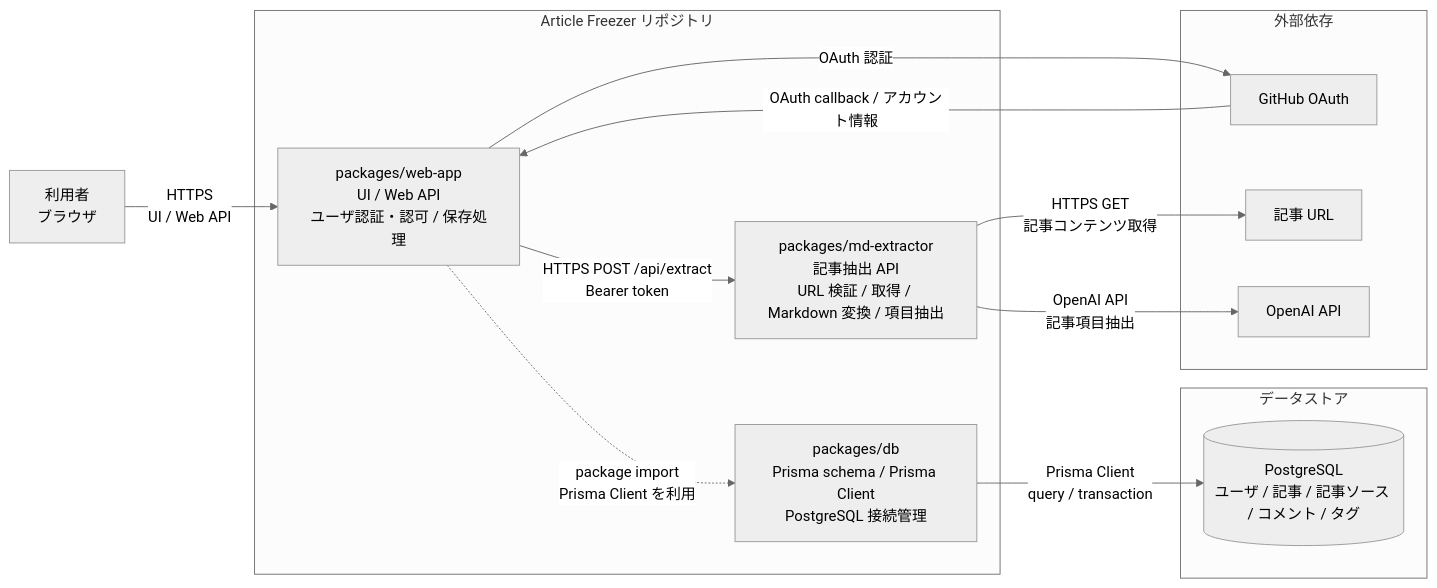
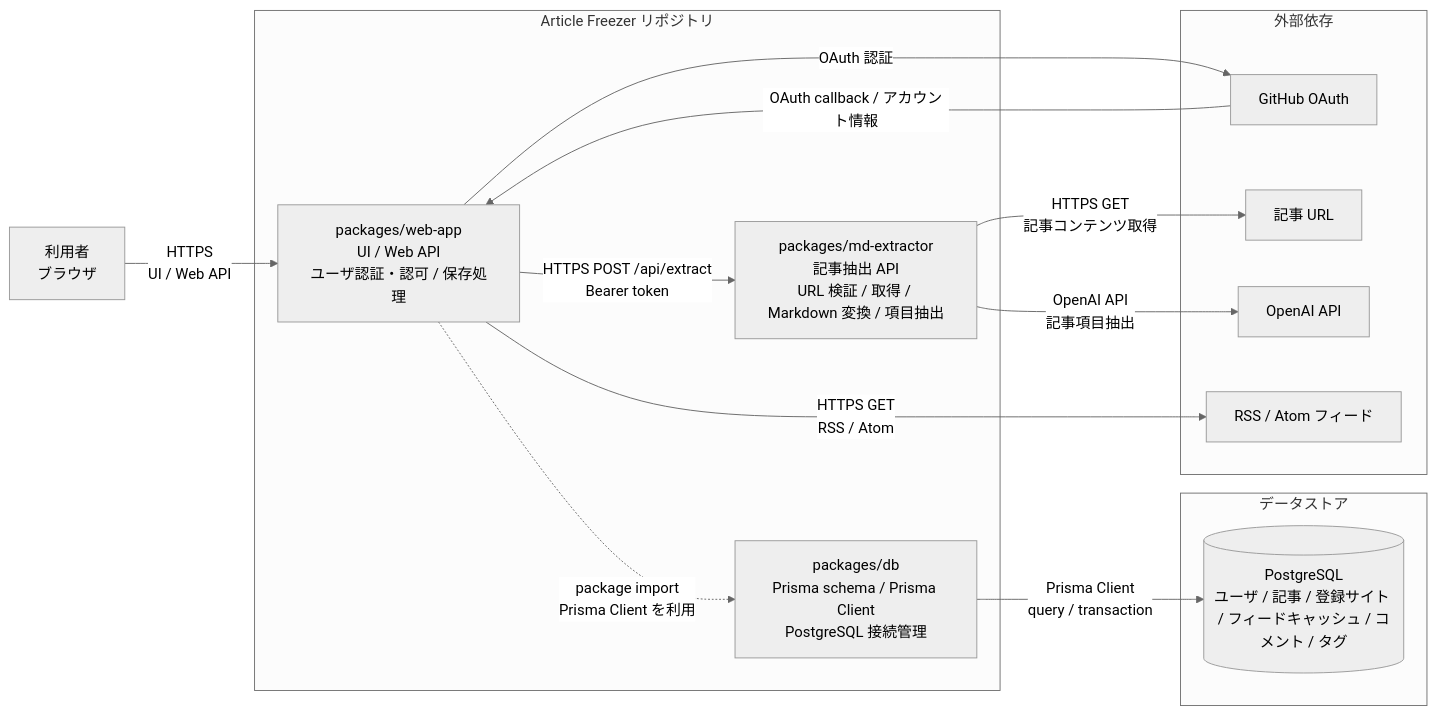
One commit to 2-yudetama/article-freezer changed the diagram in docs/architecture/system-overview.md. Above: the diagram before and after it, drawn with Mermaid (neutral theme). The commit also changed other lines of this file and 4 other files, not shown here.

````diff
--- a/docs/architecture/system-overview.md
+++ b/docs/architecture/system-overview.md
@@ -8,29 +8,31 @@
 ```mermaid
 flowchart LR
     User["利用者<br/>ブラウザ"]
 
     subgraph Repository["Article Freezer リポジトリ"]
         WebApp["packages/web-app<br/>UI / Web API<br/>ユーザ認証・認可 / 保存処理"]
         MdExtractor["packages/md-extractor<br/>記事抽出 API<br/>URL 検証 / 取得 / Markdown 変換 / 項目抽出"]
         DbPackage["packages/db<br/>Prisma schema / Prisma Client<br/>PostgreSQL 接続管理"]
     end
 
     subgraph DataStore["データストア"]
-        PostgreSQL[("PostgreSQL<br/>ユーザ / 記事 / 記事ソース / コメント / タグ")]
+        PostgreSQL[("PostgreSQL<br/>ユーザ / 記事 / 登録サイト / フィードキャッシュ / コメント / タグ")]
     end
 
     subgraph External["外部依存"]
         GitHub["GitHub OAuth"]
         ArticleUrl["記事 URL"]
         OpenAI["OpenAI API"]
+        Feed["RSS / Atom フィード"]
     end
 
     User -->|"HTTPS<br/>UI / Web API"| WebApp
     WebApp -->|"OAuth 認証"| GitHub
     GitHub -->|"OAuth callback / アカウント情報"| WebApp
     WebApp -->|"HTTPS POST /api/extract<br/>Bearer token"| MdExtractor
     MdExtractor -->|"HTTPS GET<br/>記事コンテンツ取得"| ArticleUrl
     MdExtractor -->|"OpenAI API<br/>記事項目抽出"| OpenAI
     WebApp -.->|"package import<br/>Prisma Client を利用"| DbPackage
     DbPackage -->|"Prisma Client<br/>query / transaction"| PostgreSQL
+    WebApp -->|"HTTPS GET<br/>RSS / Atom"| Feed
 ```
````
